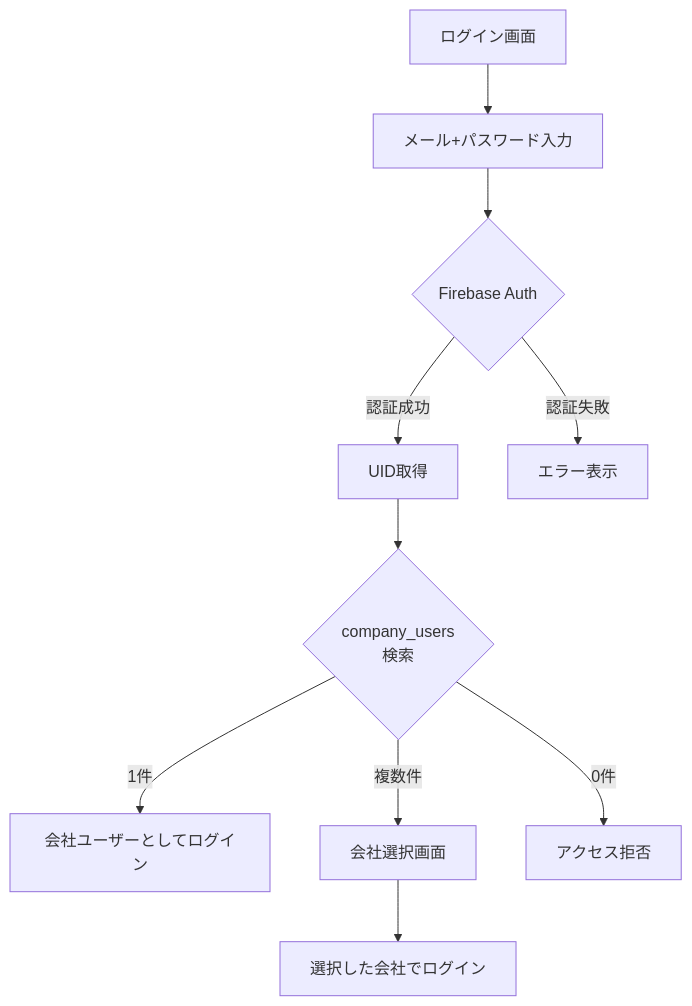
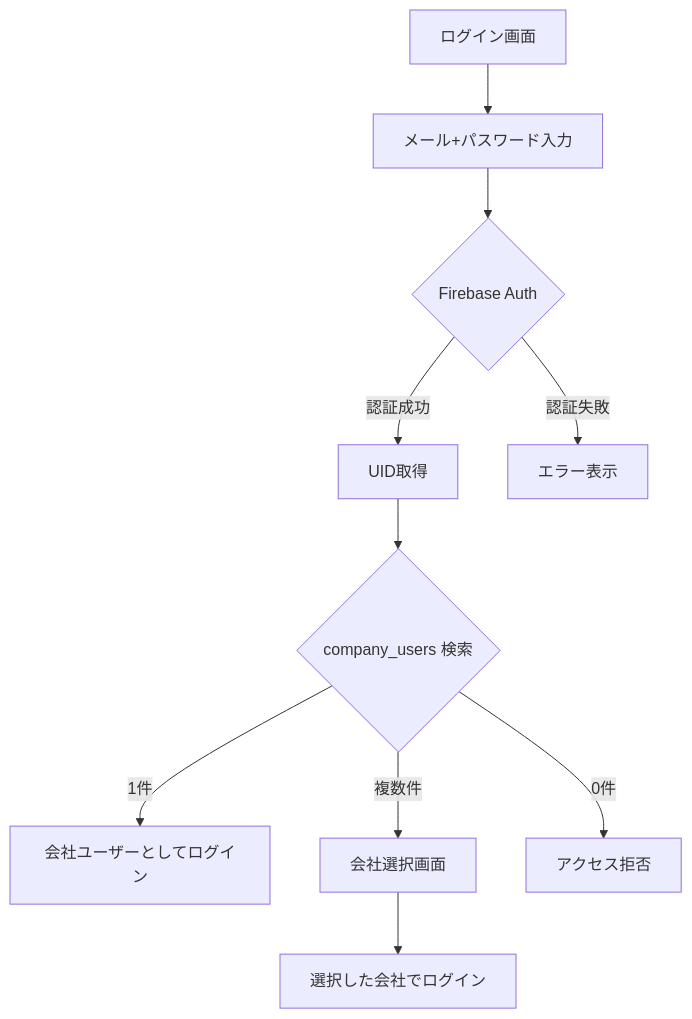
One commit to togawa-design/togawa-design.github.io changed the sixth of 6 diagrams in docs/system/admin-user-registration-flow.md. Above: the diagram before and after it, drawn with Mermaid. The commit also changed other lines of this file, not shown here.

Commit message:
fix: mermaidフローチャートの構文エラーを修正

````diff
--- a/docs/system/admin-user-registration-flow.md
+++ b/docs/system/admin-user-registration-flow.md
@@ -202,12 +202,12 @@
 ```mermaid
 flowchart TD
     A[ログイン画面] --> B[メール+パスワード入力]
     B --> C{Firebase Auth}
     C -->|認証成功| D[UID取得]
     C -->|認証失敗| E[エラー表示]
-    D --> F{company_users<br/>検索}
+    D --> F{company_users 検索}
     F -->|1件| G[会社ユーザーとしてログイン]
     F -->|複数件| H[会社選択画面]
     H --> I[選択した会社でログイン]
     F -->|0件| J[アクセス拒否]
 ```
````
